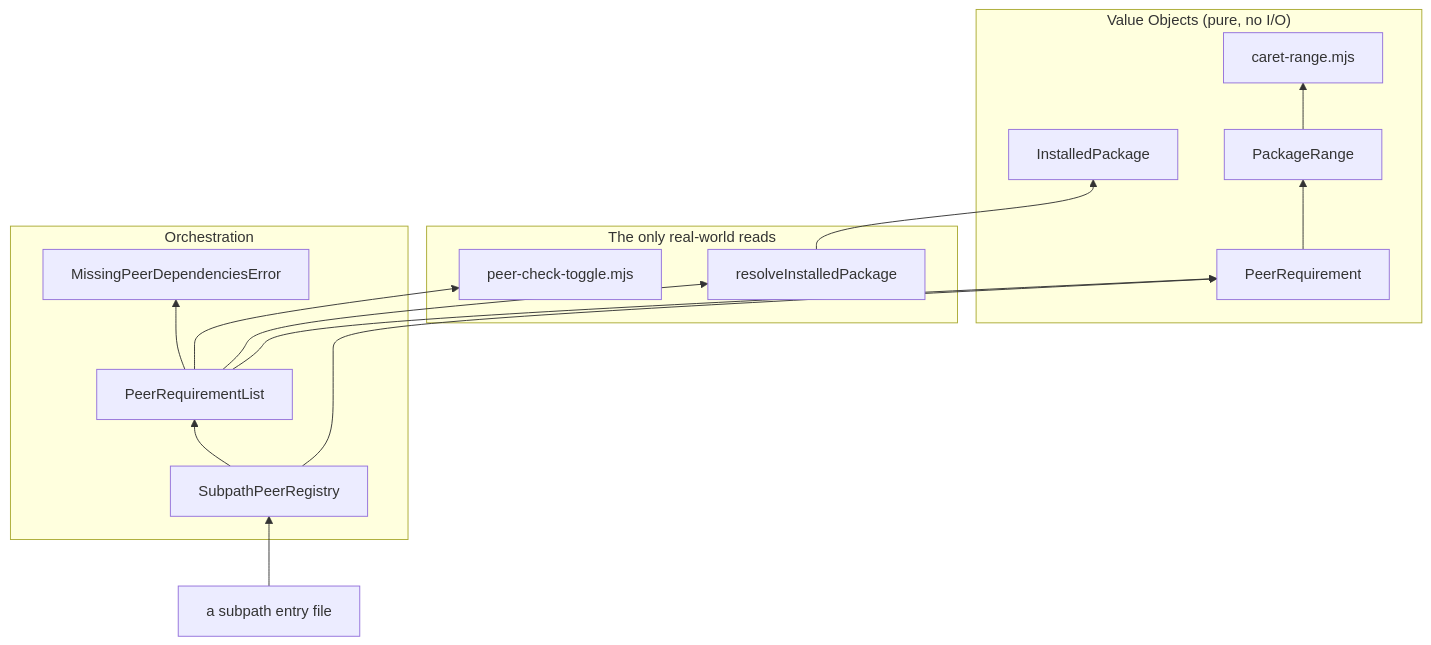
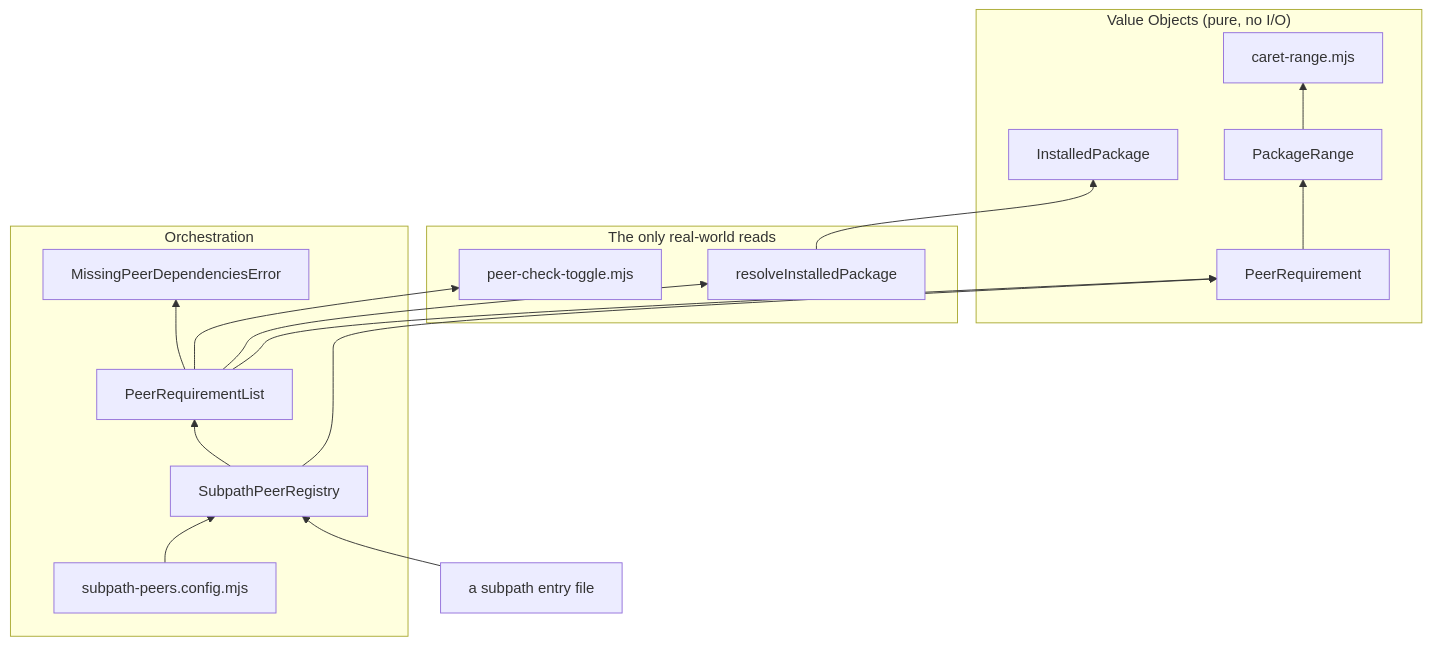
One commit to arnaud-zg/configs changed the diagram in docs/explanation.md. Above: the diagram before and after it, drawn with Mermaid. The commit also changed other lines of this file and 4 other files, not shown here.

````diff
--- a/docs/explanation.md
+++ b/docs/explanation.md
@@ -94,31 +94,33 @@
 ```mermaid
 flowchart BT
     subgraph values["Value Objects (pure, no I/O)"]
         CR["caret-range.mjs"]
         PKR["PackageRange"]
         IP["InstalledPackage"]
         PQ["PeerRequirement"]
         PKR --> CR
         PQ --> PKR
     end
 
     subgraph boundary["The only real-world reads"]
         RIP["resolveInstalledPackage"]
         TOGGLE["peer-check-toggle.mjs"]
         RIP --> IP
     end
 
     subgraph orchestration["Orchestration"]
         PRL["PeerRequirementList"]
         ERR["MissingPeerDependenciesError"]
         REG["SubpathPeerRegistry"]
+        CONFIG["subpath-peers.config.mjs"]
         PRL --> PQ
         PRL --> RIP
         PRL --> TOGGLE
         PRL --> ERR
         REG --> PQ
         REG --> PRL
+        CONFIG --> REG
     end
 
     ENTRY["a subpath entry file"] --> REG
 ```
````
